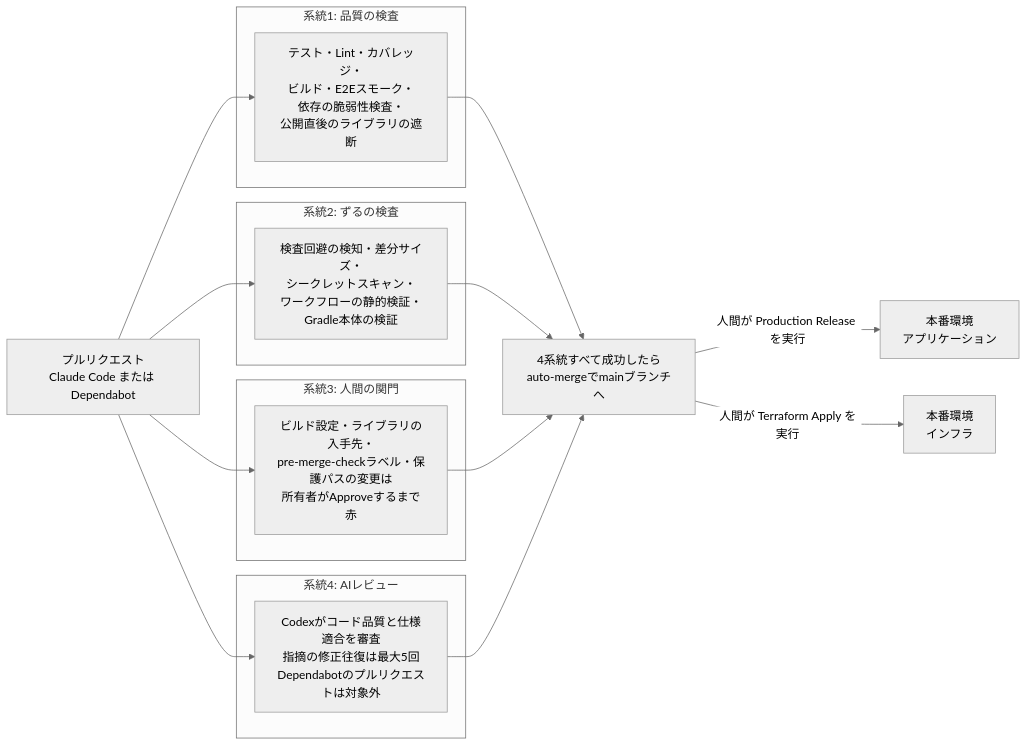
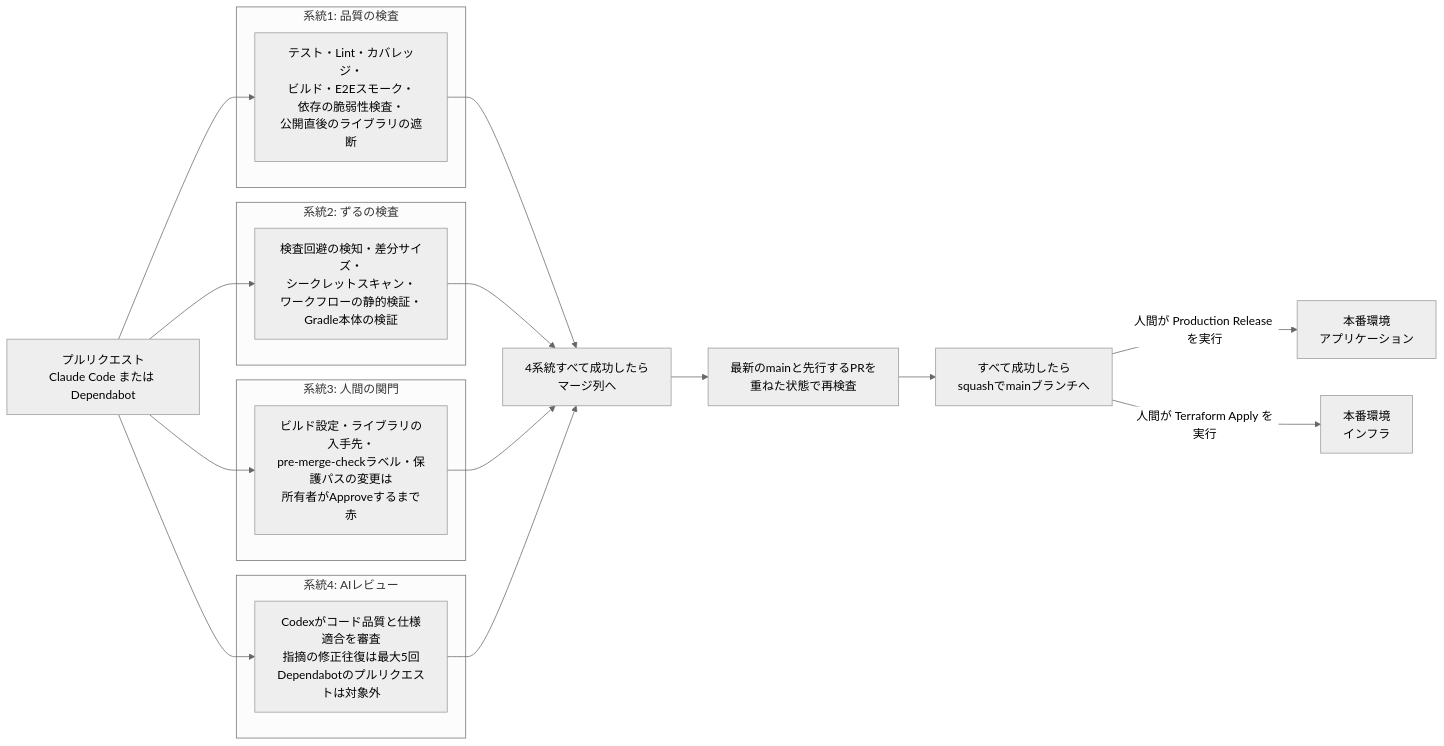
The first of 2 diagrams in README.md (DogisRiki/KeirekiPro), drawn with Mermaid (neutral theme) before and after one commit. The commit also changed other lines of this file and 15 other files, not shown here.

````diff
--- a/README.md
+++ b/README.md
@@ -53,27 +53,29 @@
 ```mermaid
 flowchart LR
     PR[プルリクエスト<br>Claude Code または Dependabot]
 
     subgraph s1[系統1: 品質の検査]
         Q[テスト・Lint・カバレッジ・<br>ビルド・E2Eスモーク・<br>依存の脆弱性検査・<br>公開直後のライブラリの遮断]
     end
     subgraph s2[系統2: ずるの検査]
         Z[検査回避の検知・差分サイズ・<br>シークレットスキャン・<br>ワークフローの静的検証・<br>Gradle本体の検証]
     end
     subgraph s3[系統3: 人間の関門]
         H[ビルド設定・ライブラリの入手先・<br>pre-merge-checkラベル・保護パスの変更は<br>所有者がApproveするまで赤]
     end
     subgraph s4[系統4: AIレビュー]
         A[Codexがコード品質と仕様適合を審査<br>指摘の修正往復は最大5回<br>Dependabotのプルリクエストは対象外]
     end
 
     PR --> Q
     PR --> Z
     PR --> H
     PR --> A
 
-    Q & Z & H & A --> M[4系統すべて成功したら<br>auto-mergeでmainブランチへ]
+    Q & Z & H & A --> QU[4系統すべて成功したら<br>マージ列へ]
+    QU --> RC[最新のmainと先行するPRを<br>重ねた状態で再検査]
+    RC --> M[すべて成功したら<br>squashでmainブランチへ]
 
     M -->|人間が Production Release を実行| App[本番環境<br>アプリケーション]
     M -->|人間が Terraform Apply を実行| Infra[本番環境<br>インフラ]
 ```
````
